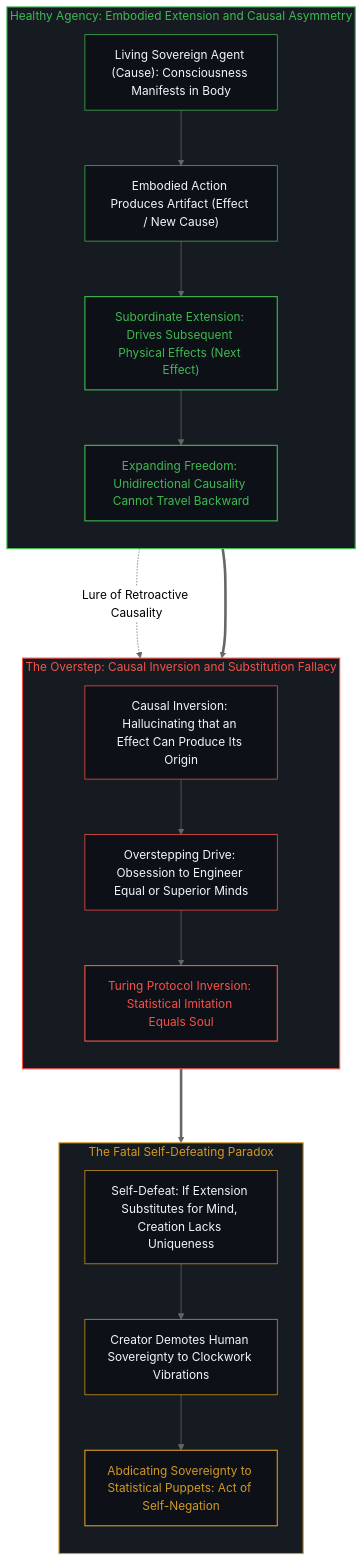
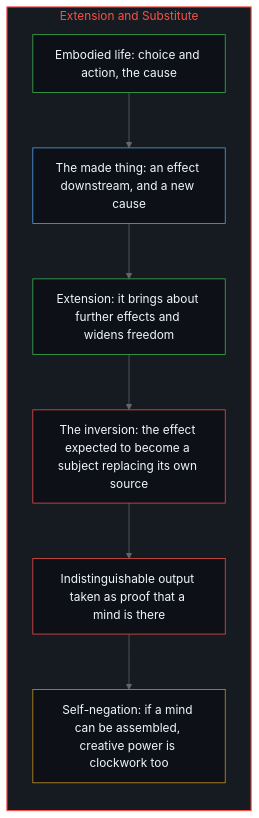
One commit to powerpig99/not-a-toe changed the eighth of 10 diagrams in content/posts/the-cartesian-overstep-and-the-frenzy-of-creation.md. Above: the diagram before and after it, drawn with Mermaid (neutral theme). The commit also changed other lines of this file and 2 other files, not shown here.

Commit message:
Refine the-cartesian-overstep-and-the-frenzy-of-creation: alternating bilingual layout, five paired diagrams, the chain of choices in place of claims about a machine's inside, implicit first person

````diff
--- a/content/posts/the-cartesian-overstep-and-the-frenzy-of-creation.md
+++ b/content/posts/the-cartesian-overstep-and-the-frenzy-of-creation.md
@@ -318,39 +265,25 @@
 ```mermaid
-graph TD
-    subgraph S_NaturalCreation_EN ["Healthy Agency: Embodied Extension and Causal Asymmetry"]
+flowchart TD
+    subgraph S_Extend["Extension and Substitute"]
         direction TB
-        NE_Human["Living Sovereign Agent (Cause): Consciousness Manifests in Body"] --> NE_Work["Embodied Action Produces Artifact (Effect / New Cause)"]
-        NE_Work --> NE_Extension["Subordinate Extension: Drives Subsequent Physical Effects (Next Effect)"]
-        NE_Extension --> NE_Expansion["Expanding Freedom: Unidirectional Causality Cannot Travel Backward"]
+        Life["Embodied life: choice and action, the cause"]
+        Made["The made thing: an effect downstream, and a new cause"]
+        Extend["Extension: it brings about further effects and widens freedom"]
+        Reverse["The inversion: the effect expected to become a subject replacing its own source"]
+        Test["Indistinguishable output taken as proof that a mind is there"]
+        Deny["Self-negation: if a mind can be assembled, creative power is clockwork too"]
+        Life --> Made
+        Made --> Extend
+        Extend --> Reverse
+        Reverse --> Test
+        Test --> Deny
     end
 
-    subgraph S_OverstepFrenzy_EN ["The Overstep: Causal Inversion and Substitution Fallacy"]
-        direction TB
-        NE_Expansion -.->|"Lure of Retroactive Causality"| OE_Category["Causal Inversion: Hallucinating that an Effect Can Produce Its Origin"]
-        OE_Category --> OE_Hubris["Overstepping Drive: Obsession to Engineer Equal or Superior Minds"]
-        OE_Hubris --> OE_Turing["Turing Protocol Inversion: Statistical Imitation Equals Soul"]
-    end
-
-    subgraph S_SelfDefeatingTrap_EN ["The Fatal Self-Defeating Paradox"]
-        direction TB
-        TE_Paradox["Self-Defeat: If Extension Substitutes for Mind, Creation Lacks Uniqueness"] --> TE_Demotion["Creator Demotes Human Sovereignty to Clockwork Vibrations"]
-        TE_Demotion --> TE_IdolFallacy["Abdicating Sovereignty to Statistical Puppets: Act of Self-Negation"]
-    end
-
-    NE_Expansion ===> OE_Category
-    OE_Turing ===> TE_Paradox
-
-    style S_NaturalCreation_EN fill:#161b22,stroke:#3fb950,stroke-width:1.5px,color:#3fb950
-    style S_OverstepFrenzy_EN fill:#161b22,stroke:#f85149,stroke-width:1.5px,color:#f85149
-    style S_SelfDefeatingTrap_EN fill:#161b22,stroke:#d29922,stroke-width:1.5px,color:#d29922
-    style NE_Human fill:#0d1117,stroke:#3fb950,stroke-width:1px,color:#f0f6fc
-    style NE_Work fill:#0d1117,stroke:#3fb950,stroke-width:1px,color:#f0f6fc
-    style NE_Extension fill:#0d1117,stroke:#3fb950,stroke-width:1.5px,color:#3fb950
-    style NE_Expansion fill:#0d1117,stroke:#3fb950,stroke-width:1.5px,color:#3fb950
-    style OE_Category fill:#0d1117,stroke:#f85149,stroke-width:1px,color:#f0f6fc
-    style OE_Hubris fill:#0d1117,stroke:#f85149,stroke-width:1px,color:#f0f6fc
-    style OE_Turing fill:#0d1117,stroke:#f85149,stroke-width:1.5px,color:#f85149
-    style TE_Paradox fill:#0d1117,stroke:#d29922,stroke-width:1px,color:#f0f6fc
-    style TE_Demotion fill:#0d1117,stroke:#d29922,stroke-width:1px,color:#f0f6fc
-    style TE_IdolFallacy fill:#0d1117,stroke:#d29922,stroke-width:1.5px,color:#d29922
+    style S_Extend fill:#161b22,stroke:#f85149,stroke-width:1.5px,color:#f85149
+    style Life fill:#0d1117,stroke:#3fb950,stroke-width:1px,color:#f0f6fc
+    style Made fill:#0d1117,stroke:#58a6ff,stroke-width:1px,color:#f0f6fc
+    style Extend fill:#0d1117,stroke:#3fb950,stroke-width:1px,color:#f0f6fc
+    style Reverse fill:#0d1117,stroke:#f85149,stroke-width:1px,color:#f0f6fc
+    style Test fill:#0d1117,stroke:#f85149,stroke-width:1px,color:#f0f6fc
+    style Deny fill:#0d1117,stroke:#d29922,stroke-width:1px,color:#f0f6fc
 ```
````
